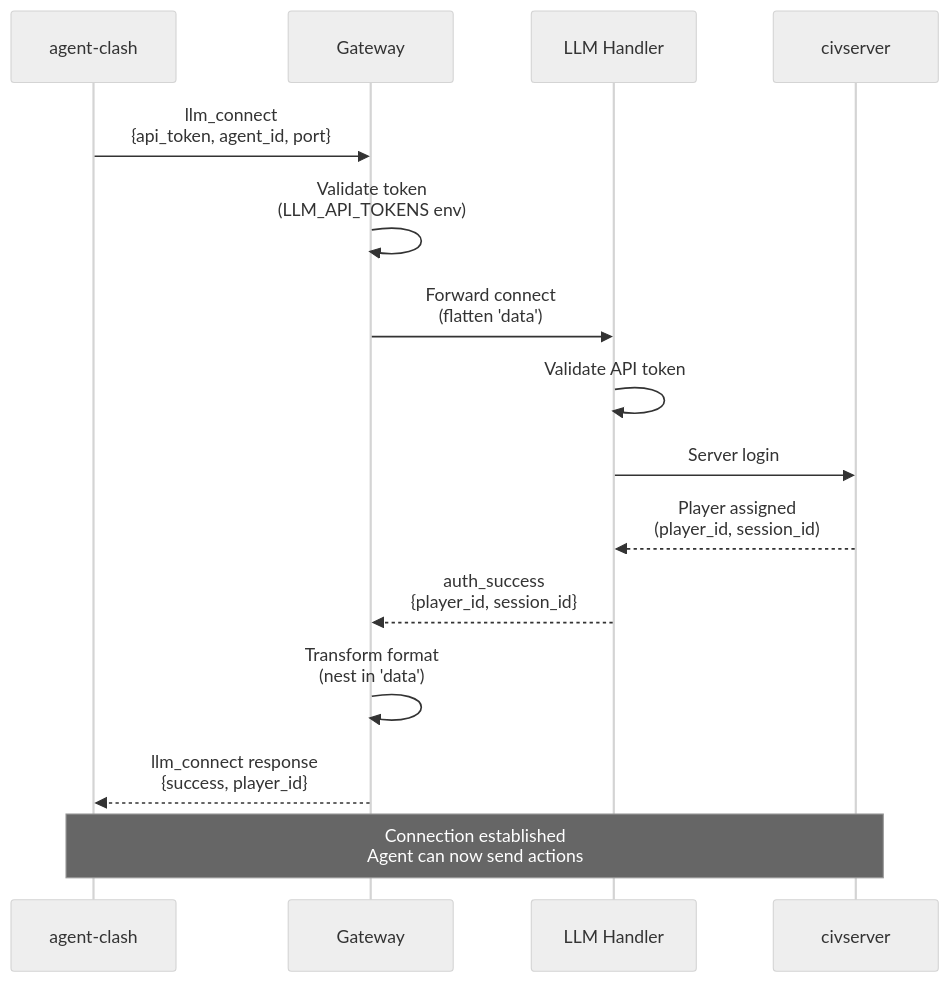
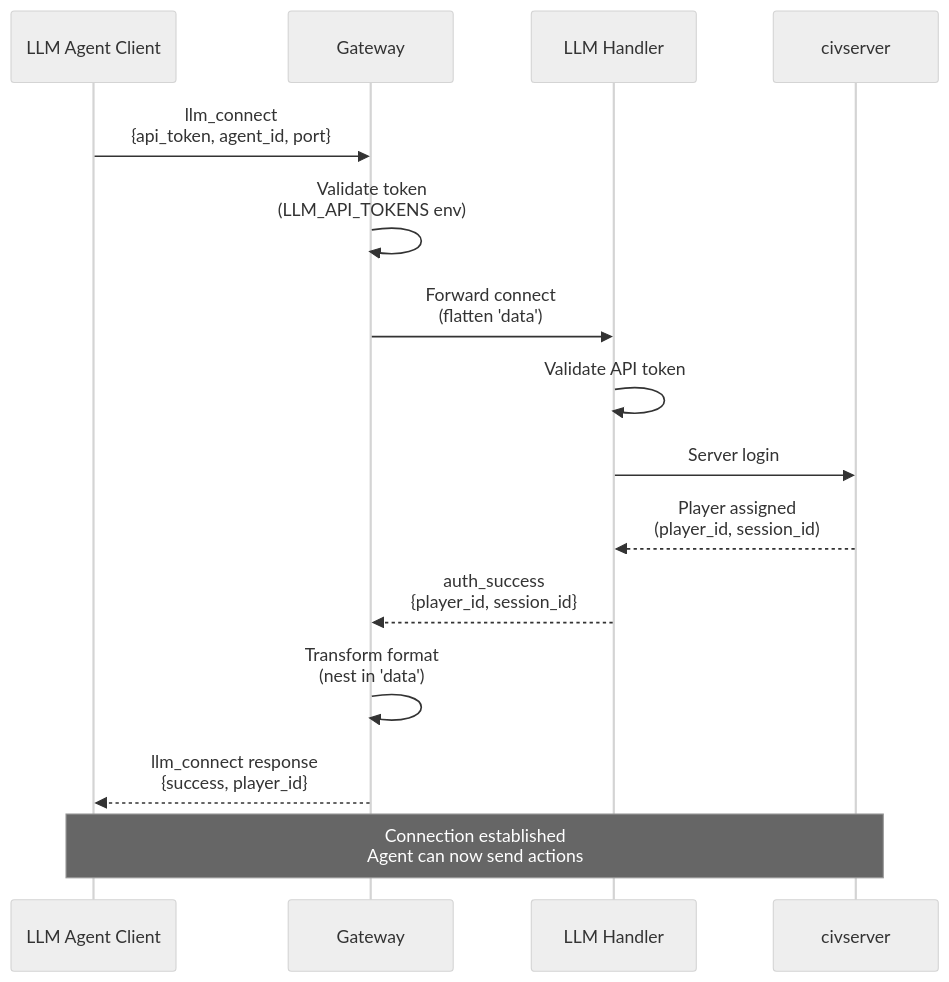
One commit to taso-labs/freeciv3d changed the seventh of 14 diagrams in Technical_Spec.md. Above: the diagram before and after it, drawn with Mermaid (neutral theme). The commit also changed other lines of this file and 44 other files, not shown here.

````diff
--- a/Technical_Spec.md
+++ b/Technical_Spec.md
@@ -343,19 +343,19 @@
 ```mermaid
 sequenceDiagram
-    participant GA as agent-clash
+    participant GA as LLM Agent Client
     participant GW as Gateway
     participant LH as LLM Handler
     participant CS as civserver
 
     GA->>GW: llm_connect<br/>{api_token, agent_id, port}
     GW->>GW: Validate token<br/>(LLM_API_TOKENS env)
     GW->>LH: Forward connect<br/>(flatten 'data')
     LH->>LH: Validate API token
     LH->>CS: Server login
     CS-->>LH: Player assigned<br/>(player_id, session_id)
     LH-->>GW: auth_success<br/>{player_id, session_id}
     GW->>GW: Transform format<br/>(nest in 'data')
     GW-->>GA: llm_connect response<br/>{success, player_id}
 
     Note over GA,CS: Connection established<br/>Agent can now send actions
 ```
````
